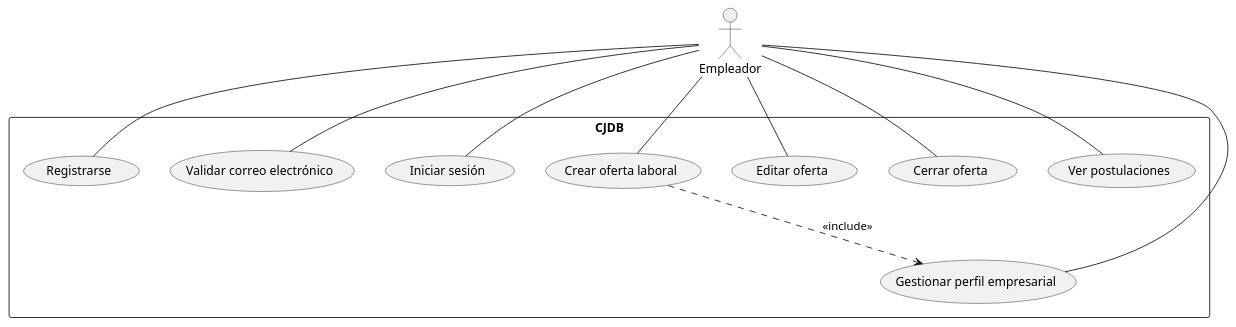
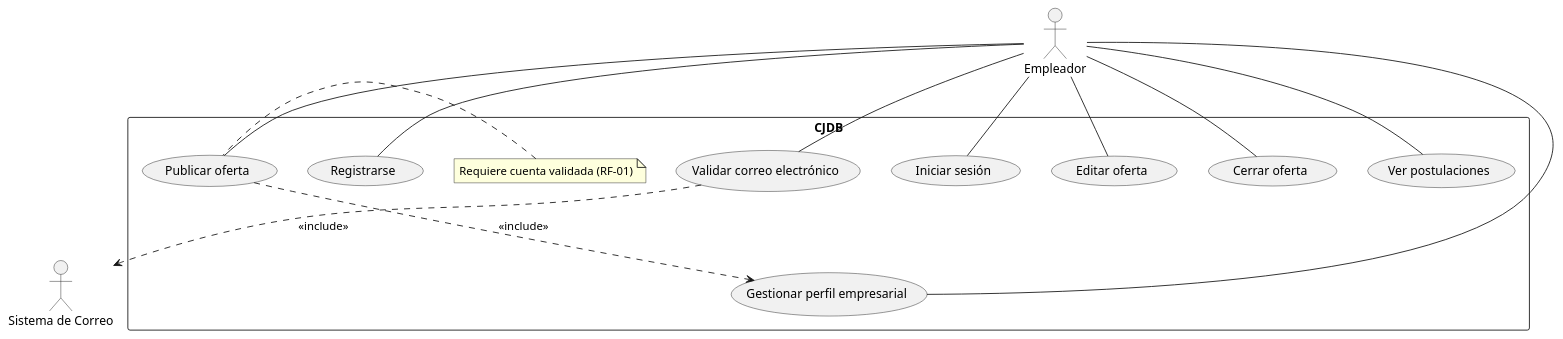
One commit to AltZeros/cjdb changed the diagram in docs/plantUML/useCases/UC-03-employer.puml. Above: the diagram before and after it, drawn with PlantUML. The commit also changed 5 other files, not shown here.

Commit message:
chore(ci): trigger PlantUML render workflow

```diff
--- a/docs/plantUML/useCases/UC-03-employer.puml
+++ b/docs/plantUML/useCases/UC-03-employer.puml
@@ -1,17 +1,21 @@
 @startuml
 actor Empleador
+actor "Sistema de Correo" as Mail
 
 rectangle CJDB {
   Empleador -- (Registrarse)
   Empleador -- (Validar correo electrónico)
   Empleador -- (Iniciar sesión)
   Empleador -- (Gestionar perfil empresarial)
-  Empleador -- (Crear oferta laboral)
+  Empleador -- (Publicar oferta)
+  note left of (Publicar oferta) : Requiere cuenta validada (RF-01)
   Empleador -- (Editar oferta)
   Empleador -- (Cerrar oferta)
   Empleador -- (Ver postulaciones)
 }
 
-(Crear oferta laboral) ..> (Gestionar perfil empresarial) : <<include>>
+(Publicar oferta) ..> (Gestionar perfil empresarial) : <<include>>
+
+(Validar correo electrónico) ..> Mail : <<include>>
 
 @enduml
```
